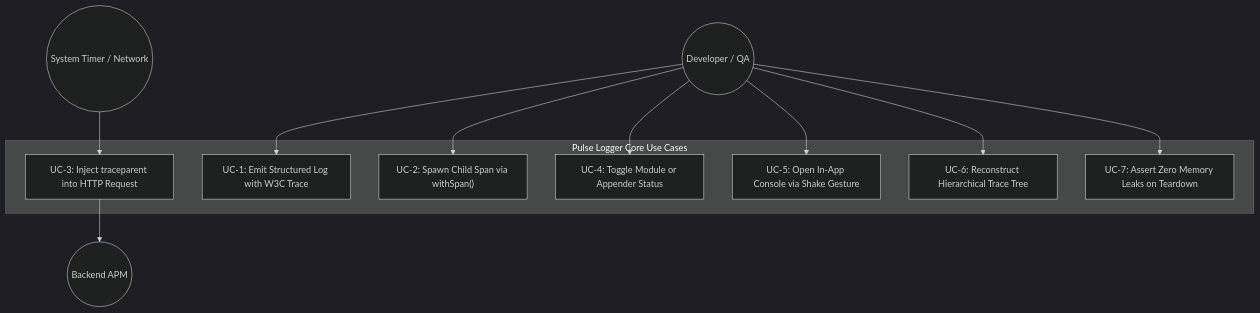
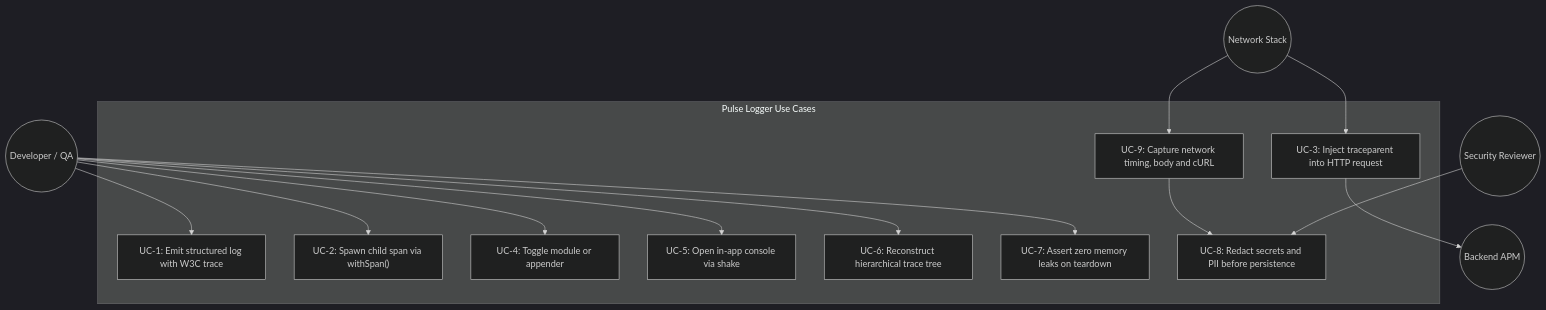
Before and after one commit to DanhDue/ios_digital_wallet: the second of 4 diagrams in .devtool/epic/pulse_logger/pulse_logger.en.md, drawn with Mermaid (dark theme). The commit also changed other lines of this file and 34 other files, not shown here.

First line of the commit message:
[PULSE_LOGGER] Revise epic design after Stage 2 codebase audit

````diff
--- a/.devtool/epic/pulse_logger/pulse_logger.en.md
+++ b/.devtool/epic/pulse_logger/pulse_logger.en.md
@@ -113,25 +171,25 @@
 ```mermaid
 flowchart TD
     Developer((Developer / QA))
-    SystemTimer((System Timer / Network))
+    HTTPStack((Network Stack))
     BackendSvc((Backend APM))
+    SecAuditor((Security Reviewer))
 
-    subgraph UseCases["Pulse Logger Core Use Cases"]
-        UC1["UC-1: Emit Structured Log with W3C Trace"]
-        UC2["UC-2: Spawn Child Span via withSpan()"]
-        UC3["UC-3: Inject traceparent into HTTP Request"]
-        UC4["UC-4: Toggle Module or Appender Status"]
-        UC5["UC-5: Open In-App Console via Shake Gesture"]
-        UC6["UC-6: Reconstruct Hierarchical Trace Tree"]
-        UC7["UC-7: Assert Zero Memory Leaks on Teardown"]
+    subgraph UseCases["Pulse Logger Use Cases"]
+        UC1["UC-1: Emit structured log with W3C trace"]
+        UC2["UC-2: Spawn child span via withSpan()"]
+        UC3["UC-3: Inject traceparent into HTTP request"]
+        UC4["UC-4: Toggle module or appender"]
+        UC5["UC-5: Open in-app console via shake"]
+        UC6["UC-6: Reconstruct hierarchical trace tree"]
+        UC7["UC-7: Assert zero memory leaks on teardown"]
+        UC8["UC-8: Redact secrets and PII before persistence"]
+        UC9["UC-9: Capture network timing, body and cURL"]
     end
 
-    Developer --> UC1
-    Developer --> UC2
-    Developer --> UC4
-    Developer --> UC5
-    SystemTimer --> UC3
-    UC3 --> BackendSvc
-    Developer --> UC6
-    Developer --> UC7
+    Developer --> UC1 & UC2 & UC4 & UC5 & UC6 & UC7
+    HTTPStack --> UC3 --> BackendSvc
+    HTTPStack --> UC9
+    SecAuditor --> UC8
+    UC9 --> UC8
 ```
````
